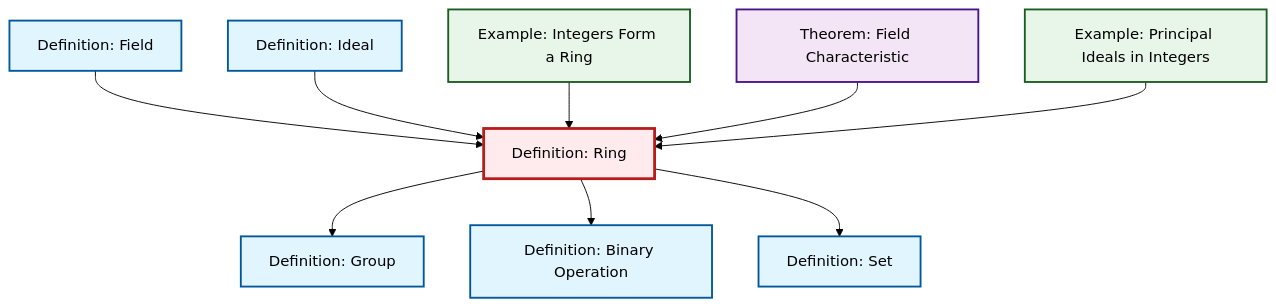
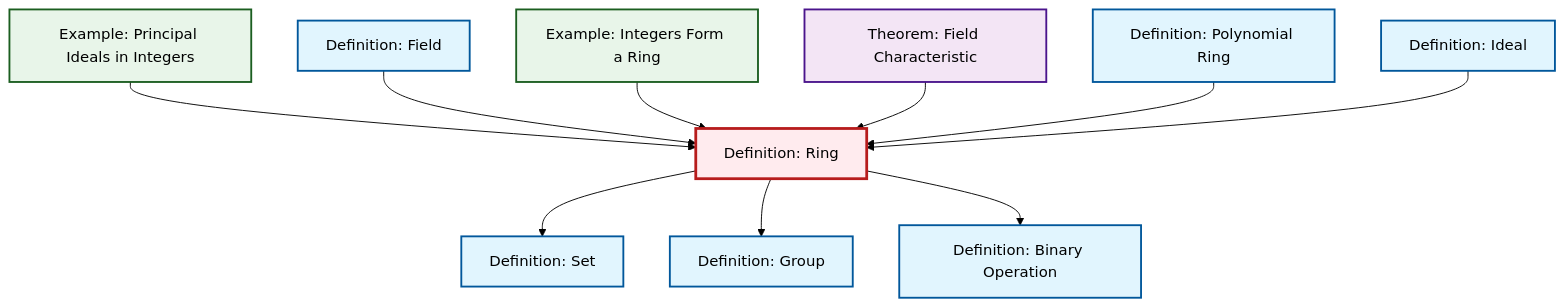
The diagram in content/ja/algebra/def-ring.qmd (RK0429/ModernMath), drawn with Mermaid (forest theme) before and after one commit. The commit also changed 434 other files, not shown here.

First line of the commit message:
feat: Add polynomial ring definition with comprehensive cross-references

````diff
--- a/content/ja/algebra/def-ring.qmd
+++ b/content/ja/algebra/def-ring.qmd
@@ -60,35 +60,38 @@
 ```{mermaid}
 %%| fig-cap: "Local dependency graph"
 graph TD
     classDef definition fill:#e1f5fe,stroke:#01579b,stroke-width:2px
     classDef theorem fill:#f3e5f5,stroke:#4a148c,stroke-width:2px
     classDef axiom fill:#fff3e0,stroke:#e65100,stroke-width:2px
     classDef example fill:#e8f5e9,stroke:#1b5e20,stroke-width:2px
     classDef current fill:#ffebee,stroke:#b71c1c,stroke-width:3px
+    def-set["Definition: Set"]:::definition
+    def-ring["Definition: Ring"]:::definition
+    def-group["Definition: Group"]:::definition
     def-field["Definition: Field"]:::definition
+    def-binary-operation["Definition: Binary Operation"]:::definition
+    thm-field-characteristic["Theorem: Field Characteristic"]:::theorem
+    ex-principal-ideal["Example: Principal Ideals in Integers"]:::example
     ex-integers-ring["Example: Integers Form a Ring"]:::example
-    def-ring["Definition: Ring"]:::definition
-    thm-field-characteristic["Theorem: Field Characteristic"]:::theorem
-    def-binary-operation["Definition: Binary Operation"]:::definition
-    ex-principal-ideal["Example: Principal Ideals in Integers"]:::example
+    def-polynomial-ring["Definition: Polynomial Ring"]:::definition
     def-ideal["Definition: Ideal"]:::definition
-    def-group["Definition: Group"]:::definition
-    def-set["Definition: Set"]:::definition
+    ex-principal-ideal --> def-ring
     def-field --> def-ring
+    def-ring --> def-set
     def-ring --> def-group
-    def-ideal --> def-ring
-    def-ring --> def-binary-operation
     ex-integers-ring --> def-ring
     thm-field-characteristic --> def-ring
-    def-ring --> def-set
-    ex-principal-ideal --> def-ring
+    def-ring --> def-binary-operation
+    def-polynomial-ring --> def-ring
+    def-ideal --> def-ring
     class def-ring current
+    click def-set "def-set.html" "Definition: Setへ"
+    click def-group "def-group.html" "Definition: Groupへ"
     click def-field "def-field.html" "Definition: Fieldへ"
+    click def-binary-operation "def-binary-operation.html" "Definition: Binary Operationへ"
+    click thm-field-characteristic "thm-field-characteristic.html" "Theorem: Field Characteristicへ"
+    click ex-principal-ideal "ex-principal-ideal.html" "Example: Principal Ideals in Integersへ"
     click ex-integers-ring "ex-integers-ring.html" "Example: Integers Form a Ringへ"
-    click thm-field-characteristic "thm-field-characteristic.html" "Theorem: Field Characteristicへ"
-    click def-binary-operation "def-binary-operation.html" "Definition: Binary Operationへ"
-    click ex-principal-ideal "ex-principal-ideal.html" "Example: Principal Ideals in Integersへ"
+    click def-polynomial-ring "def-polynomial-ring.html" "Definition: Polynomial Ringへ"
     click def-ideal "def-ideal.html" "Definition: Idealへ"
-    click def-group "def-group.html" "Definition: Groupへ"
-    click def-set "def-set.html" "Definition: Setへ"
 ```
````
